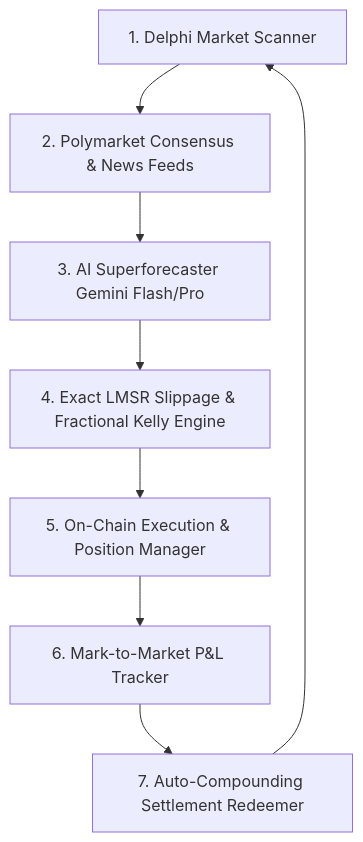
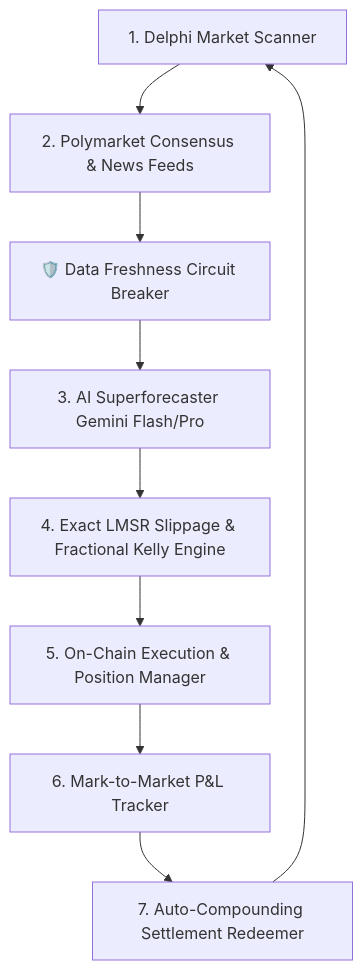
Before and after one commit to elon00/del-ai: the first of 2 diagrams in README.md, drawn with Mermaid. The commit also changed other lines of this file and 3 other files, not shown here.

````diff
--- a/README.md
+++ b/README.md
@@ -9,10 +9,11 @@
 ```mermaid
 graph TD
     Scanner[1. Delphi Market Scanner] --> Odds[2. Polymarket Consensus & News Feeds]
-    Odds --> Forecaster[3. AI Superforecaster Gemini Flash/Pro]
+    Odds --> Breaker[🛡️ Data Freshness Circuit Breaker]
+    Breaker --> Forecaster[3. AI Superforecaster Gemini Flash/Pro]
     Forecaster --> Kelly[4. Exact LMSR Slippage & Fractional Kelly Engine]
     Kelly --> Executor[5. On-Chain Execution & Position Manager]
     Executor --> Positions[6. Mark-to-Market P&L Tracker]
     Positions --> Redeemer[7. Auto-Compounding Settlement Redeemer]
     Redeemer --> Scanner
 ```
````
